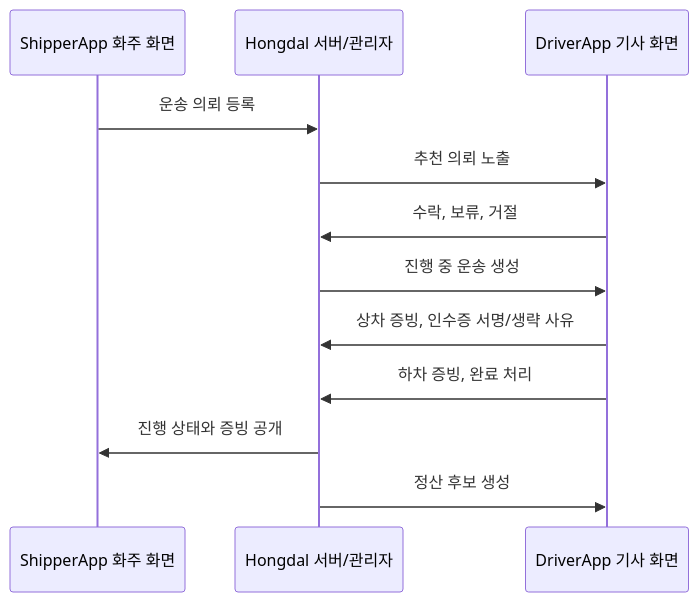
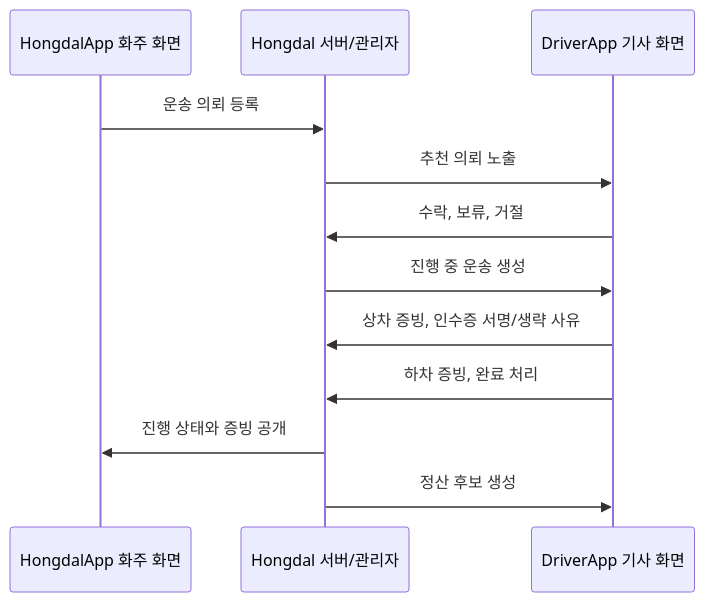
One commit to cheolwo/hongdal changed the seventh of 9 diagrams in docs/ProjectOverview/workflow-app-screen-map.md. Above: the diagram before and after it, drawn with Mermaid. The commit also changed other lines of this file and 140 other files, not shown here.

````diff
--- a/docs/ProjectOverview/workflow-app-screen-map.md
+++ b/docs/ProjectOverview/workflow-app-screen-map.md
@@ -227,15 +227,15 @@
 ```mermaid
 sequenceDiagram
-    participant Shipper as ShipperApp 화주 화면
+    participant Shipper as HongdalApp 화주 화면
     participant Admin as Hongdal 서버/관리자
     participant Driver as DriverApp 기사 화면
 
     Shipper->>Admin: 운송 의뢰 등록
     Admin->>Driver: 추천 의뢰 노출
     Driver->>Admin: 수락, 보류, 거절
     Admin->>Driver: 진행 중 운송 생성
     Driver->>Admin: 상차 증빙, 인수증 서명/생략 사유
     Driver->>Admin: 하차 증빙, 완료 처리
     Admin->>Shipper: 진행 상태와 증빙 공개
     Admin->>Driver: 정산 후보 생성
 ```
````
